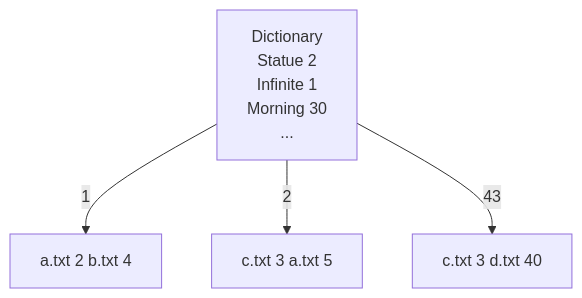
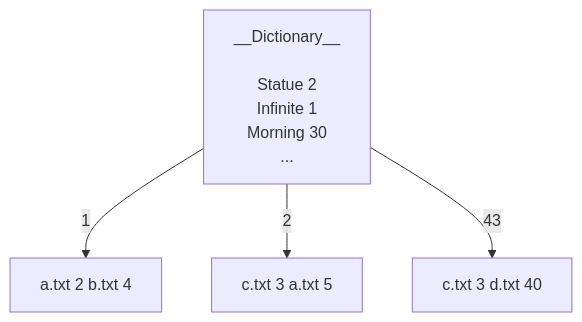
One commit to z1skgr/index.dictionary-memory.java changed the diagram in README.md. Above: the diagram before and after it, drawn with Mermaid.

````diff
--- a/README.md
+++ b/README.md
@@ -11,8 +11,8 @@
 ```mermaid
 graph TD;
 
-    A[Dictionary <br> Statue 2 <br> Infinite 1 <br> Morning 30 <br> ... <br>]-->|1|B[a.txt 2 b.txt 4];
-    A[Dictionary <br> Statue 2 <br> Infinite 1 <br> Morning 30 <br> ... <br>]-->|2|C[c.txt 3 a.txt 5];
-    A[Dictionary <br> Statue 2 <br> Infinite 1 <br> Morning 30 <br> ... <br>]-->|43|D[c.txt 3 d.txt 40];
+    A[__Dictionary__ <br><br> Statue 2 <br> Infinite 1 <br> Morning 30 <br> ... <br>]-->|1|B[a.txt 2 b.txt 4];
+    A[__Dictionary__ <br><br> Statue 2 <br> Infinite 1 <br> Morning 30 <br> ... <br>]-->|2|C[c.txt 3 a.txt 5];
+    A[__Dictionary__ <br><br> Statue 2 <br> Infinite 1 <br> Morning 30 <br> ... <br>]-->|43|D[c.txt 3 d.txt 40];
 
 ```
````
